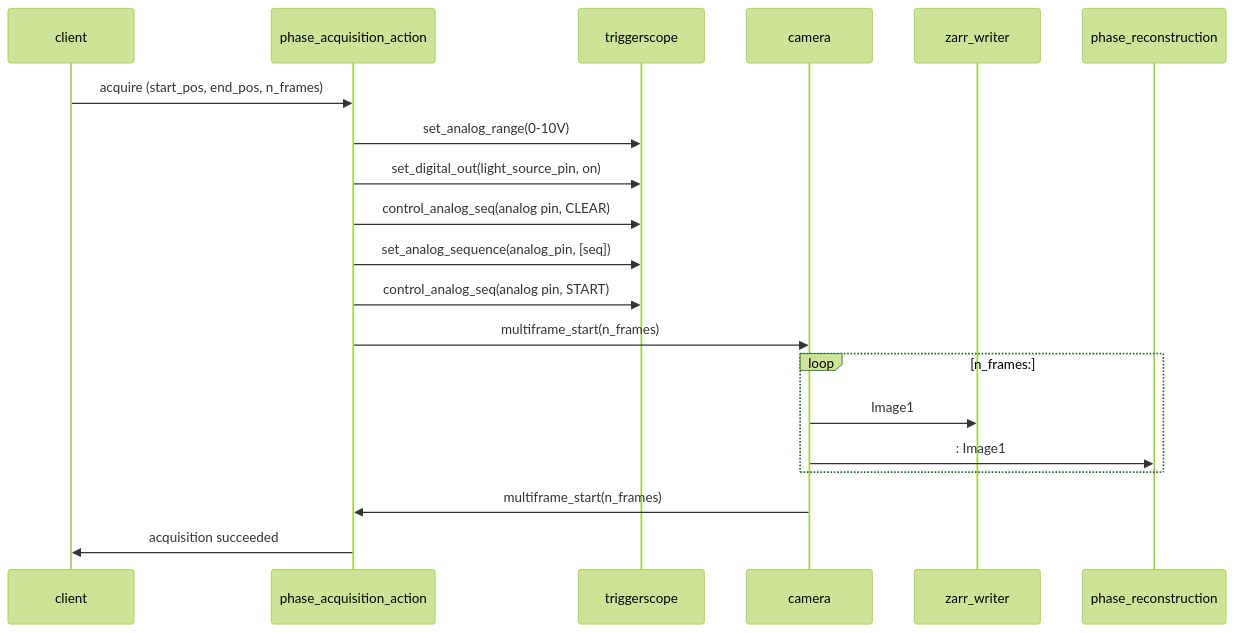
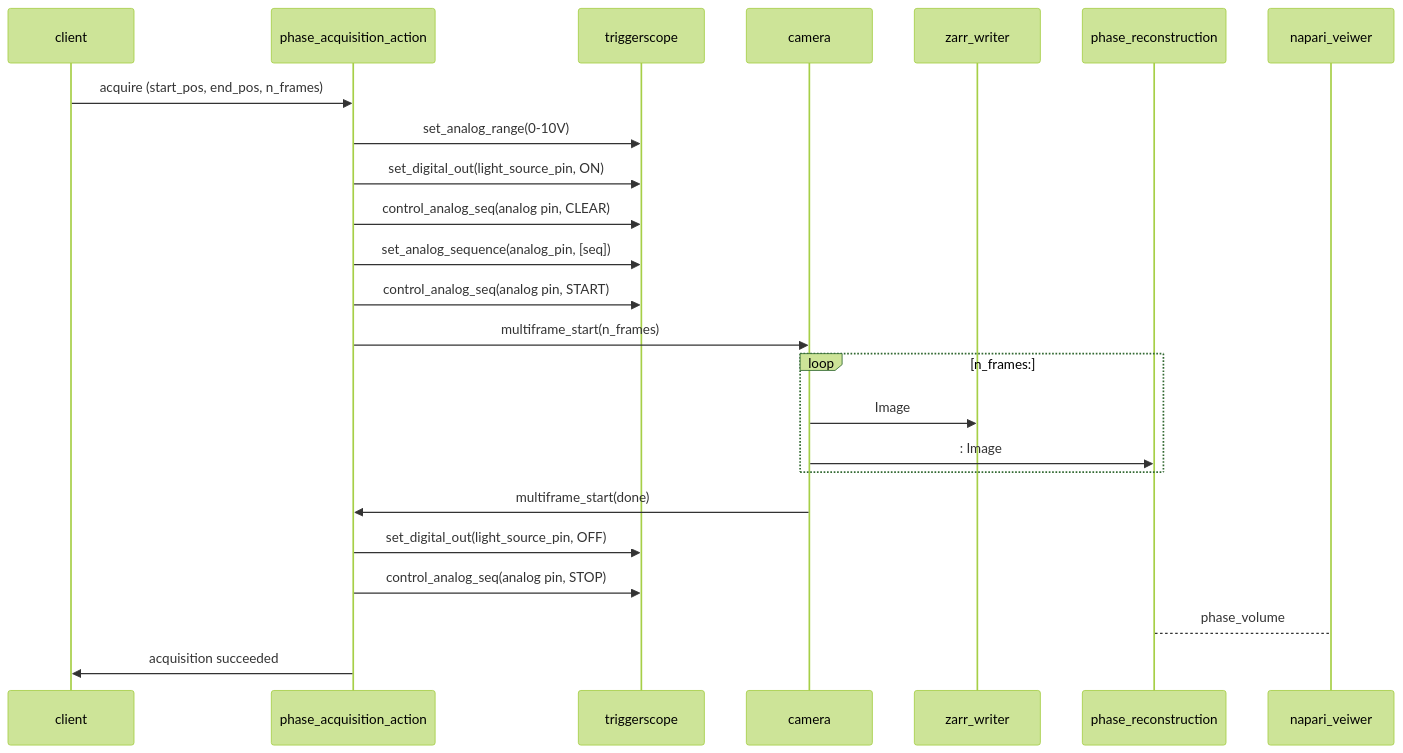
Before and after one commit to acquire-project/shrimpy_ros: the diagram in mantis_ros/README.md, drawn with Mermaid (forest theme).

Commit message:
added post-acquistion steps

````diff
--- a/mantis_ros/README.md
+++ b/mantis_ros/README.md
@@ -1,37 +1,39 @@
 ```mermaid
 sequenceDiagram
     participant client
     participant phase_acquisition_action
     participant triggerscope
     participant camera
 
     client->>phase_acquisition_action: acquire (start_pos, end_pos, n_frames)
 
     phase_acquisition_action->>triggerscope: set_analog_range(0-10V)
 
-    phase_acquisition_action->>triggerscope: set_digital_out(light_source_pin, on)
+    phase_acquisition_action->>triggerscope: set_digital_out(light_source_pin, ON)
 
     
     phase_acquisition_action->>triggerscope: control_analog_seq(analog pin, CLEAR)
 
     phase_acquisition_action->>triggerscope: set_analog_sequence(analog_pin, [seq])
 
     phase_acquisition_action->>triggerscope: control_analog_seq(analog pin, START) 
 
     phase_acquisition_action->>camera: multiframe_start(n_frames)
     
     loop n_frames:
-        camera->>zarr_writer: Image1
-        camera->>phase_reconstruction:: Image1
+        camera->>zarr_writer: Image
+        camera->>phase_reconstruction:: Image
     end
 
+    camera->>phase_acquisition_action: multiframe_start(done)
+    
 
-    camera->>phase_acquisition_action: multiframe_start(n_frames)
-    
+    phase_acquisition_action->>triggerscope: set_digital_out(light_source_pin, OFF)
+
+    phase_acquisition_action->>triggerscope: control_analog_seq(analog pin, STOP)
+
+    phase_reconstruction-->napari_veiwer: phase_volume
+
     phase_acquisition_action->>client: acquisition succeeded
-%%     iframe->>viewscreen: request template
-%%     viewscreen->>iframe: html & javascript
-%%     iframe->>dotcom: iframe ready
-%%     dotcom->>iframe: set mermaid data on iframe
-%%     iframe->>iframe: render mermaid
+
 ```
````
